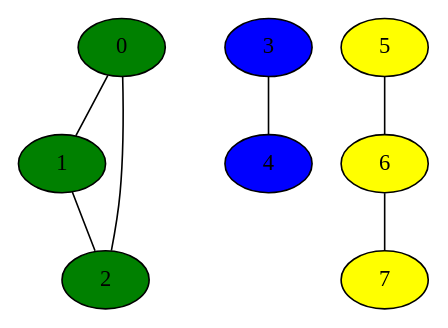
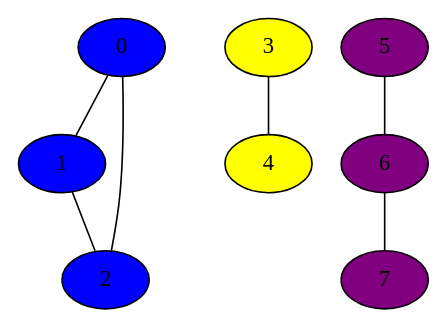
The diagram in files/component.dot (quanganhquanganh/Discrete-Maths-Graph-Library), drawn with Graphviz before and after one commit. The commit also changed 10 other files, not shown here.

```diff
--- a/files/component.dot
+++ b/files/component.dot
@@ -1,16 +1,16 @@
 digraph {
-	0 [fillcolor = green, style = filled];
-	1 [fillcolor = green, style = filled];
-	2 [fillcolor = green, style = filled];
-	3 [fillcolor = blue, style = filled];
-	4 [fillcolor = blue, style = filled];
-	5 [fillcolor = yellow, style = filled];
-	6 [fillcolor = yellow, style = filled];
-	7 [fillcolor = yellow, style = filled];
+	0 [fillcolor = blue, style = filled];
+	1 [fillcolor = blue, style = filled];
+	2 [fillcolor = blue, style = filled];
+	3 [fillcolor = yellow, style = filled];
+	4 [fillcolor = yellow, style = filled];
+	5 [fillcolor = purple, style = filled];
+	6 [fillcolor = purple, style = filled];
+	7 [fillcolor = purple, style = filled];
 	0 -> 1 [dir=none];
 	0 -> 2 [dir=none];
 	1 -> 2 [dir=none];
 	3 -> 4 [dir=none];
 	5 -> 6 [dir=none];
 	6 -> 7 [dir=none];
 }
```
